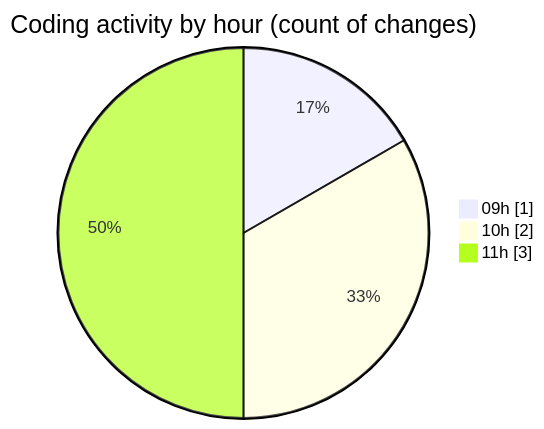
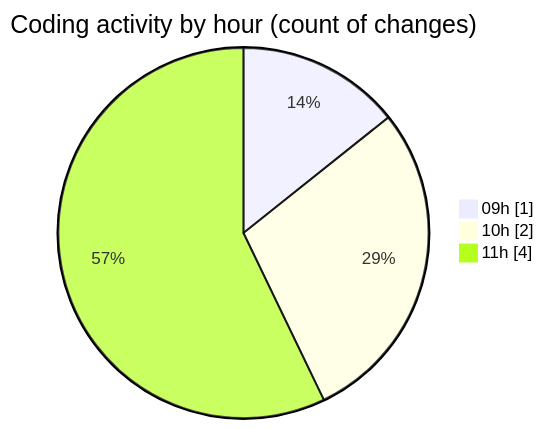
Before and after one commit to trdunsworth/code-tracking: the second of 2 diagrams in 2025-03-28/synth_911data_gen/README.md, drawn with Mermaid. The commit also changed other lines of this file and 1 other file, not shown here.

````diff
--- a/2025-03-28/synth_911data_gen/README.md
+++ b/2025-03-28/synth_911data_gen/README.md
@@ -28,7 +28,7 @@
 ```mermaid
 pie showData
 title Coding activity by hour (count of changes)
 "09h" : 1
 "10h" : 2
-"11h" : 3
+"11h" : 4
 ```
````
